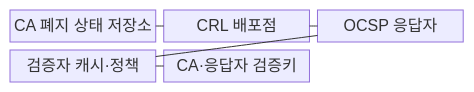
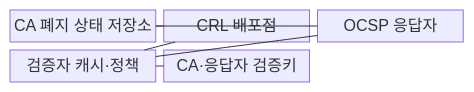
Before and after one commit to agnusdei1207/knowledge-base: the first of 2 diagrams in src/content/docs/notes/05-security/010_crl_ocsp_certificate_revocation.md, drawn with Mermaid. The commit also changed other lines of this file and 20 other files, not shown here.

````diff
--- a/src/content/docs/notes/05-security/010_crl_ocsp_certificate_revocation.md
+++ b/src/content/docs/notes/05-security/010_crl_ocsp_certificate_revocation.md
@@ -57,13 +57,14 @@
 ```mermaid
 block-beta
     columns 3
     C["CA 폐지 상태 저장소"]
     L["CRL 배포점"]
     O["OCSP 응답자"]
     V["검증자 캐시·정책"]
     T["CA·응답자 검증키"]
     C --- L
-    L --- O
+    C --- O
+    L --- V
     O --- V
     V --- T
 ```
````
